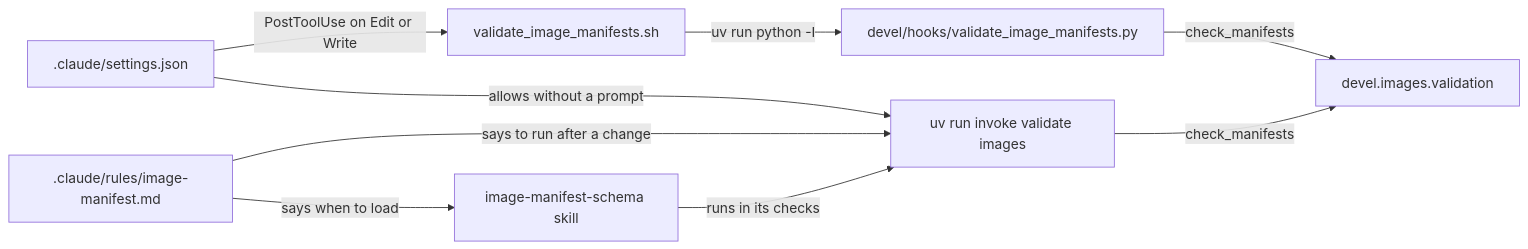
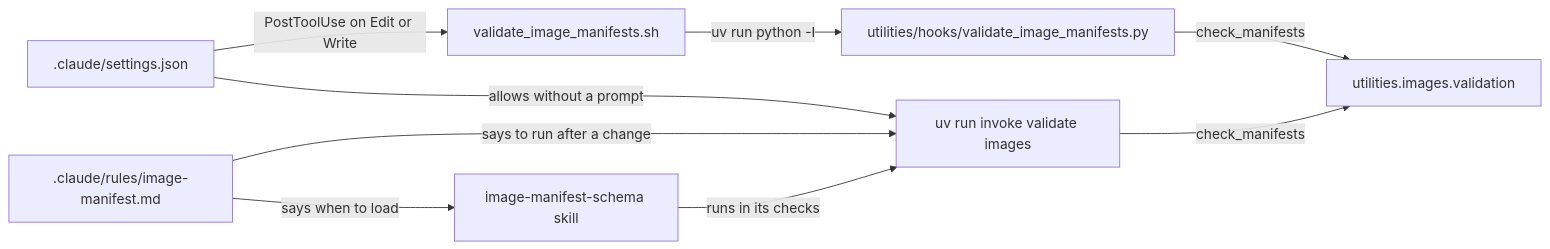
The first of 2 diagrams in docs/claude-code-hooks.md (froazin/devcontainers), drawn with Mermaid before and after one commit. The commit also changed other lines of this file and 37 other files, not shown here.

First line of the commit message:
refactor(tooling): Rename the devel package to utilities

````diff
--- a/docs/claude-code-hooks.md
+++ b/docs/claude-code-hooks.md
@@ -23,13 +23,13 @@
 ```mermaid
 flowchart LR
     accTitle: The parts of the image manifest hook
-    accDescr: settings.json registers the shell wrapper as a PostToolUse hook, and allows uv run invoke validate images without a prompt. The wrapper runs the Python script through uv run from the repository root. The script and the validate task both call check_manifests in devel.images.validation. The path-scoped rule tells Claude when to load the image-manifest-schema skill and to run the validate task, and the skill runs it in its checks.
+    accDescr: settings.json registers the shell wrapper as a PostToolUse hook, and allows uv run invoke validate images without a prompt. The wrapper runs the Python script through uv run from the repository root. The script and the validate task both call check_manifests in utilities.images.validation. The path-scoped rule tells Claude when to load the image-manifest-schema skill and to run the validate task, and the skill runs it in its checks.
     settings[.claude/settings.json] -->|PostToolUse on Edit or Write| wrapper[validate_image_manifests.sh]
     settings -->|allows without a prompt| task[uv run invoke validate images]
-    wrapper -->|uv run python -I| script[devel/hooks/validate_image_manifests.py]
-    script -->|check_manifests| validation[devel.images.validation]
+    wrapper -->|uv run python -I| script[utilities/hooks/validate_image_manifests.py]
+    script -->|check_manifests| validation[utilities.images.validation]
     task -->|check_manifests| validation
     rule[.claude/rules/image-manifest.md] -->|says when to load| skill[image-manifest-schema skill]
     rule -->|says to run after a change| task
     skill -->|runs in its checks| task
 ```
````
